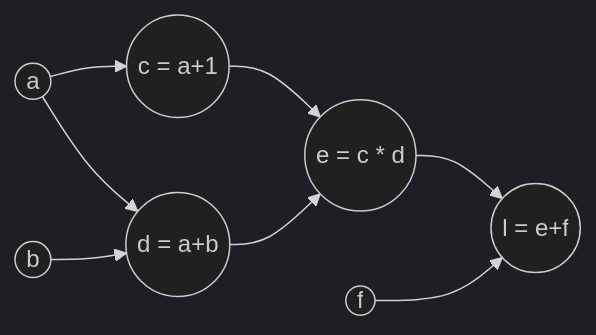
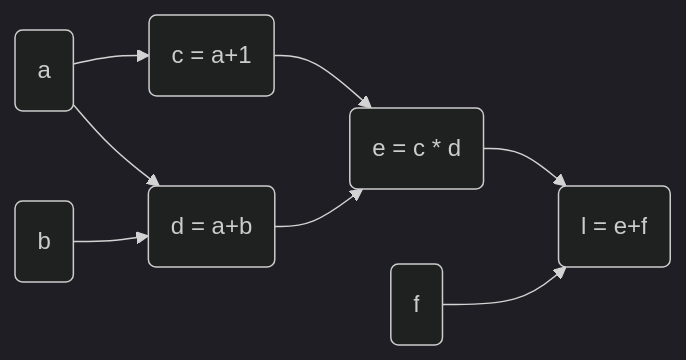
One commit to koushikkhan/koushikkhan.github.io changed the second of 6 diagrams in posts/2023-04-19-autograd/index.qmd. Above: the diagram before and after it, drawn with Mermaid (dark theme). The commit also changed other lines of this file and 21 other files, not shown here.

````diff
--- a/posts/2023-04-19-autograd/index.qmd
+++ b/posts/2023-04-19-autograd/index.qmd
@@ -142,11 +145,11 @@
 ```{mermaid}
-%%| fig-width: 3.0
+%%| fig-width: 4.5
 graph LR
-  a((a)) --> c((c = a+1))
-  a((a)) --> d((d = a+b))
-  b((b)) --> d((d = a+b))
-  c((c = a+1)) --> e((e = c * d))
-  d((d = a+b)) --> e((e = c * d))
-  e((e = c * d)) --> l((l = e+f))
-  f((f)) --> l((l = e+f))
+  a(a) --> c(c = a+1)
+  a(a) --> d(d = a+b)
+  b(b) --> d(d = a+b)
+  c(c = a+1) --> e(e = c * d)
+  d(d = a+b) --> e(e = c * d)
+  e(e = c * d) --> l(l = e+f)
+  f(f) --> l(l = e+f)
 ```
````
